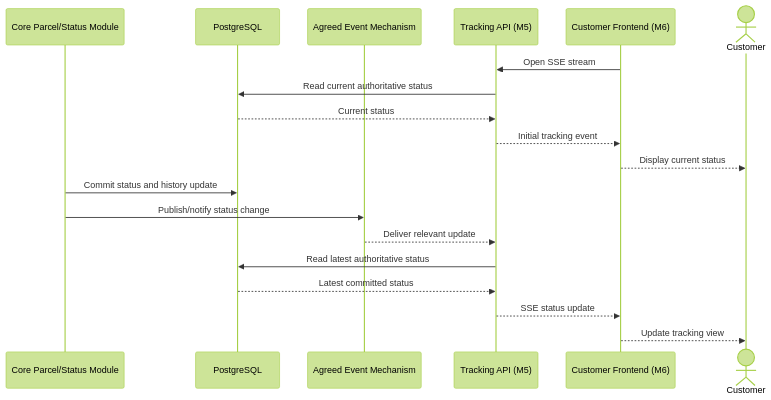
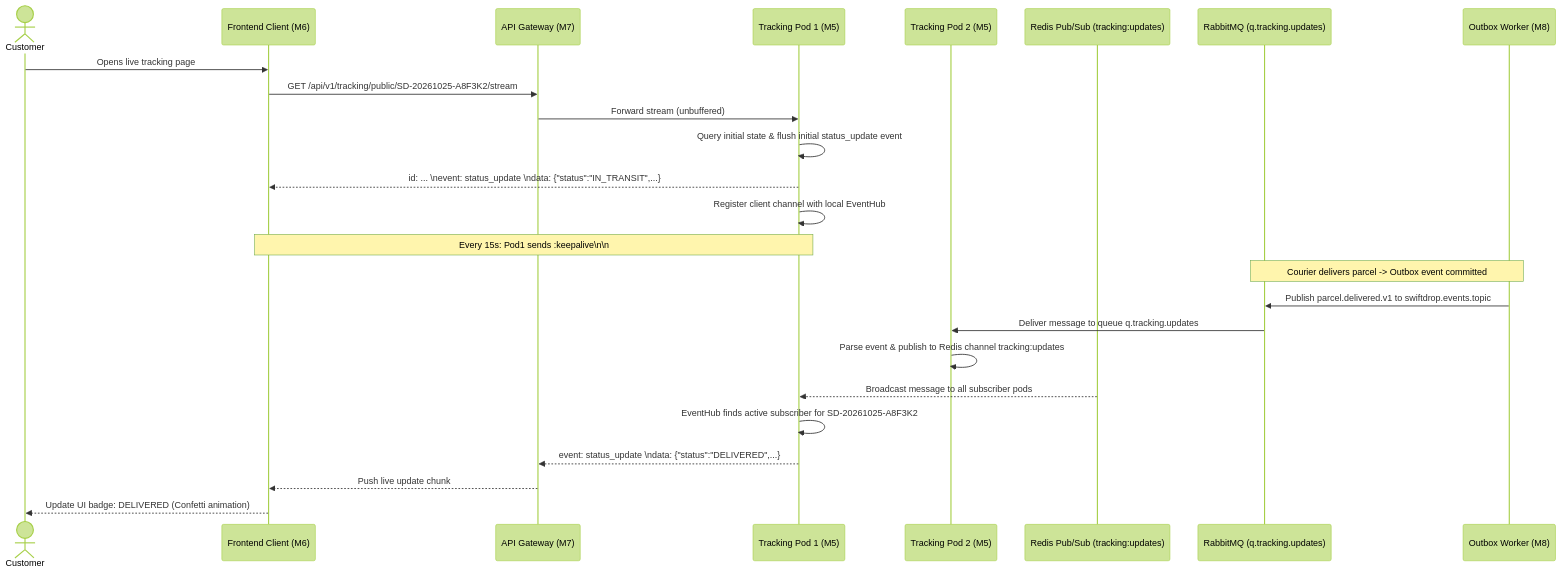
Before and after one commit to phantomTroupeEAD/SwiftDrop: the third of 4 diagrams in docs/drafts/member-05-tracking/doc-02-functional-flows-and-business-rules.md, drawn with Mermaid (forest theme). The commit also changed other lines of this file and 8 other files, not shown here.

````diff
--- a/docs/drafts/member-05-tracking/doc-02-functional-flows-and-business-rules.md
+++ b/docs/drafts/member-05-tracking/doc-02-functional-flows-and-business-rules.md
@@ -191,24 +177,30 @@
 ```mermaid
 sequenceDiagram
-    participant Core as Core Parcel/Status Module
-    participant DB as PostgreSQL
-    participant Events as Agreed Event Mechanism
-    participant API as Tracking API (M5)
-    participant UI as Customer Frontend (M6)
     actor Customer
+    participant UI as Frontend Client (M6)
+    participant GW as API Gateway (M7)
+    participant Pod1 as Tracking Pod 1 (M5)
+    participant Pod2 as Tracking Pod 2 (M5)
+    participant Redis as Redis Pub/Sub (tracking:updates)
+    participant MQ as RabbitMQ (q.tracking.updates)
+    participant M8 as Outbox Worker (M8)
 
-    UI->>API: Open SSE stream
-    API->>DB: Read current authoritative status
-    DB-->>API: Current status
-    API-->>UI: Initial tracking event
-    UI-->>Customer: Display current status
+    Customer->>UI: Opens live tracking page
+    UI->>GW: GET /api/v1/tracking/public/SD-20261025-A8F3K2/stream
+    GW->>Pod1: Forward stream (unbuffered)
+    Pod1->>Pod1: Query initial state & flush initial status_update event
+    Pod1-->>UI: id: ... \nevent: status_update \ndata: {"status":"IN_TRANSIT",...}
+    Pod1->>Pod1: Register client channel with local EventHub
 
-    Core->>DB: Commit status and history update
-    Core->>Events: Publish/notify status change
-    Events-->>API: Deliver relevant update
+    Note over Pod1,UI: Every 15s: Pod1 sends :keepalive\n\n
 
-    API->>DB: Read latest authoritative status
-    DB-->>API: Latest committed status
-    API-->>UI: SSE status update
-    UI-->>Customer: Update tracking view
+    Note over M8,MQ: Courier delivers parcel -> Outbox event committed
+    M8->>MQ: Publish parcel.delivered.v1 to swiftdrop.events.topic
+    MQ->>Pod2: Deliver message to queue q.tracking.updates
+    Pod2->>Pod2: Parse event & publish to Redis channel tracking:updates
+    Redis-->>Pod1: Broadcast message to all subscriber pods
+    Pod1->>Pod1: EventHub finds active subscriber for SD-20261025-A8F3K2
+    Pod1-->>GW: event: status_update \ndata: {"status":"DELIVERED",...}
+    GW-->>UI: Push live update chunk
+    UI-->>Customer: Update UI badge: DELIVERED (Confetti animation)
 ```
````
